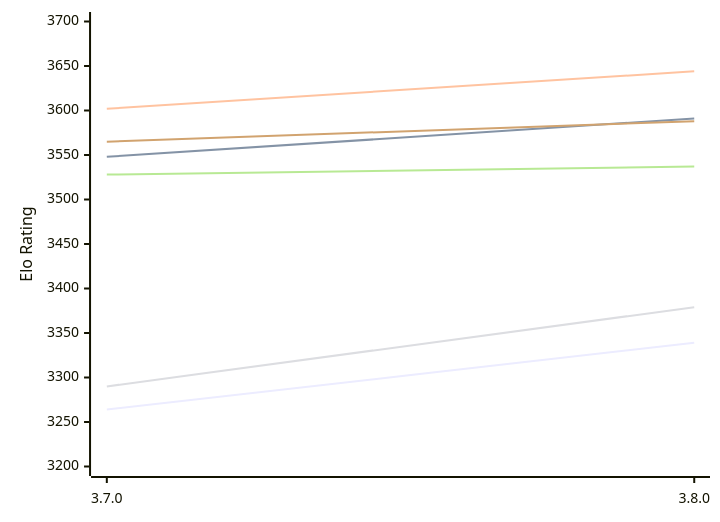
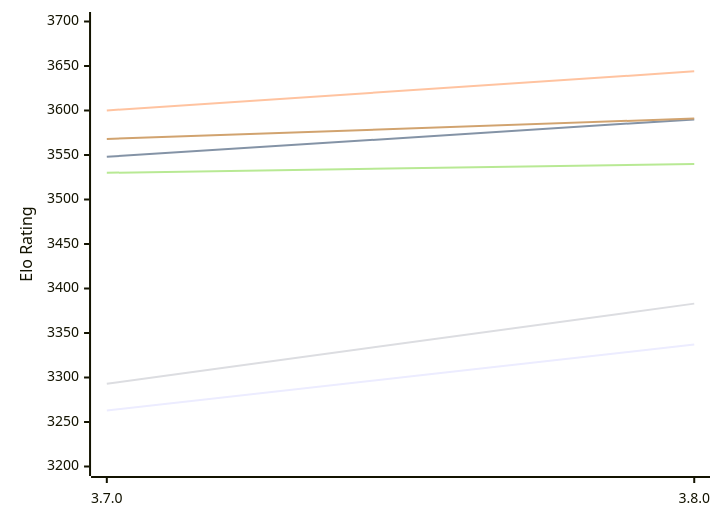
Before and after one commit to computer-chess-index/cci: the first of 2 diagrams in engines/Igel.md, drawn with Mermaid. The commit also changed other lines of this file, not shown here.

Commit message:
Update CCI Ratings (ELO VLTC) - 2026-11-24

````diff
--- a/engines/Igel.md
+++ b/engines/Igel.md
@@ -51,12 +51,12 @@
 ```mermaid
 %%{init: {"theme":"base","themeVariables":{"seriesColors:['#a3a3a3','#222221','#faa371']}}}%%
 xychart-beta
   x-axis ["3.7.0", "3.8.0"]
   y-axis "Elo Rating" 3200 --> 3700
-  line "E1: STC (8.0+0.08s)" [3264, 3339]
-  line "E1: LTC (60.0+0.60s)" [3548, 3591]
-  line "E1: VLTC (2m24s+1.12s)" [3602, 3644]
-  line "P1: STC (8.0+0.08s)" [3290, 3379]
-  line "P1: LTC (60.0+0.60s)" [3528, 3537]
-  line "P1: VLTC (2m24s+1.12s)" [3565, 3588]
+  line "E1: STC (8.0+0.08s)" [3263, 3337]
+  line "E1: LTC (60.0+0.60s)" [3548, 3590]
+  line "E1: VLTC (2m24s+1.12s)" [3600, 3644]
+  line "P1: STC (8.0+0.08s)" [3293, 3383]
+  line "P1: LTC (60.0+0.60s)" [3530, 3540]
+  line "P1: VLTC (2m24s+1.12s)" [3568, 3591]
 ```
````
